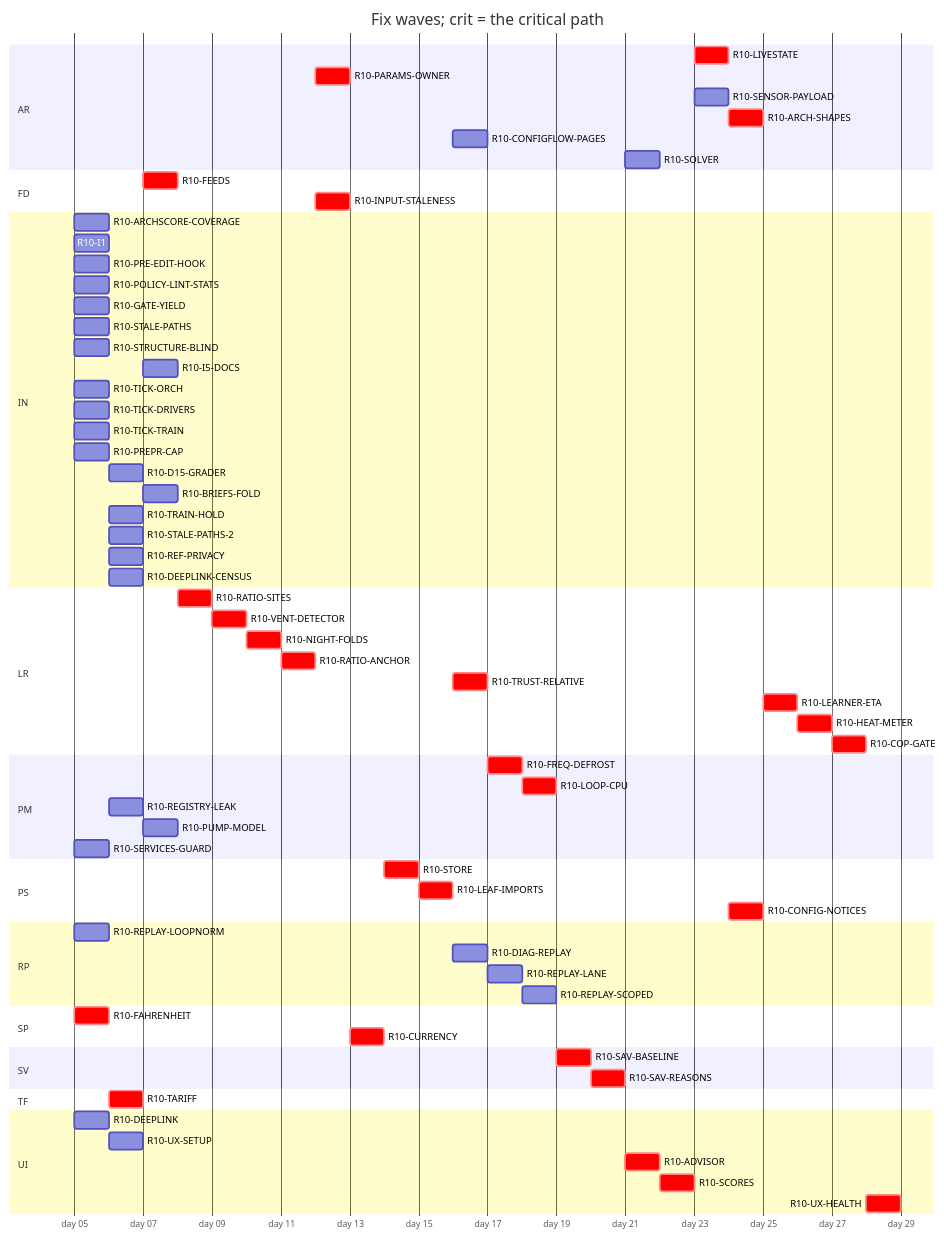
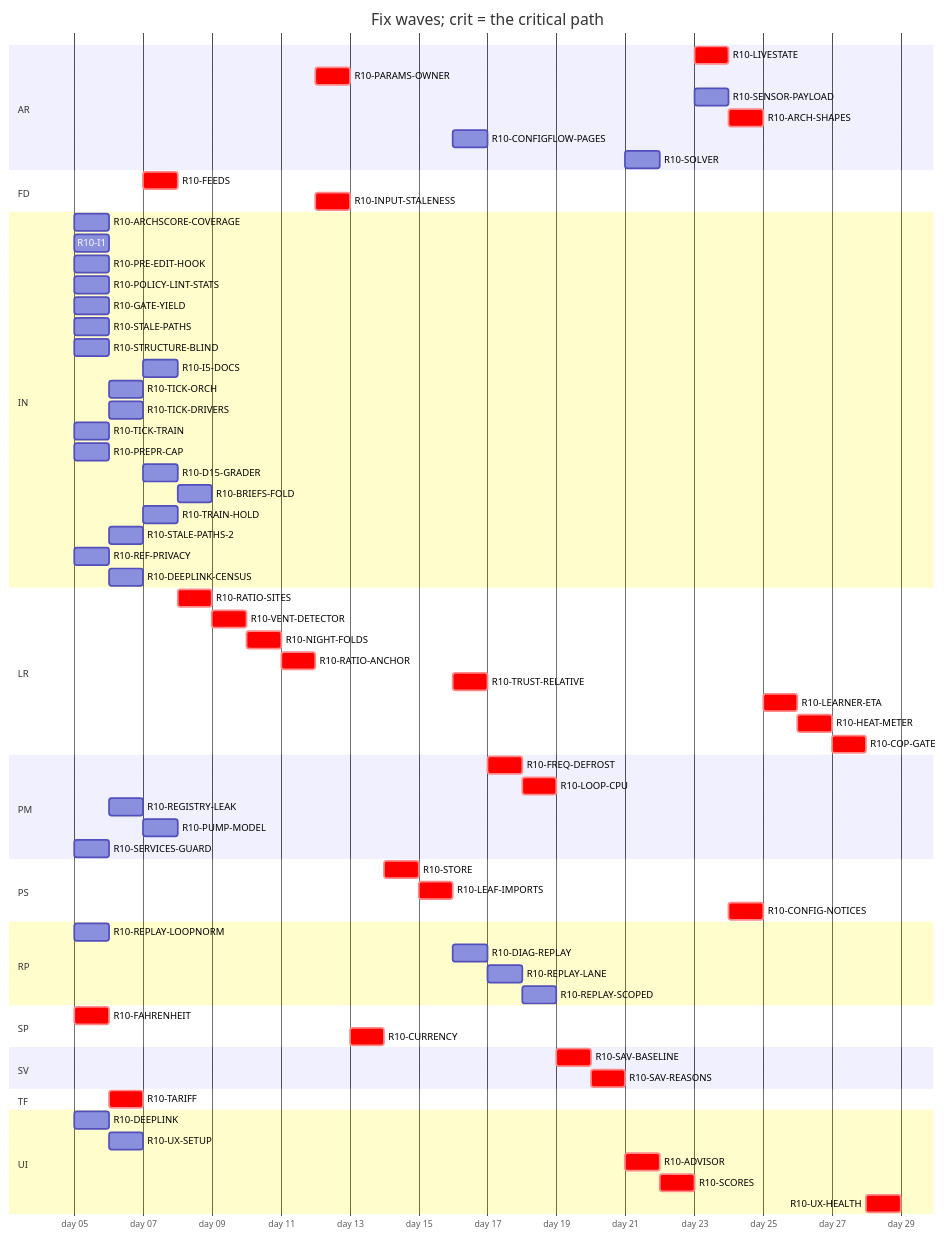
The diagram in handoff/round10/state/PLAN-TABLE.md (tvofi/heatpump_optimizer), drawn with Mermaid before and after one commit. The commit also changed other lines of this file and 2 other files, not shown here.

````diff
--- a/handoff/round10/state/PLAN-TABLE.md
+++ b/handoff/round10/state/PLAN-TABLE.md
@@ -24,73 +24,73 @@
 ```mermaid
 gantt
   title Fix waves; crit = the critical path
   dateFormat YYYY-MM-DD
   axisFormat day %d
   section AR
     R10-LIVESTATE :crit, r10LIVESTATE, after r10SCORES r10PUMPMODEL, 1d
     R10-PARAMS-OWNER :crit, r10PARAMSOWNER, after r10CONFIGNOTICES r10ARCHSCORECOVERAGE r10SERVICESGUARD, 1d
     R10-SENSOR-PAYLOAD :r10SENSORPAYLOAD, after r10SCORES, 1d
     R10-ARCH-SHAPES :crit, r10ARCHSHAPES, after r10PARAMSOWNER r10SENSORPAYLOAD r10FREQDEFROST, 1d
     R10-CONFIGFLOW-PAGES :r10CONFIGFLOWPAGES, after r10HEATMETER, 1d
     R10-SOLVER :r10SOLVER, after r10SAVREASONS r10TARIFF, 1d
   section FD
     R10-FEEDS :crit, r10FEEDS, after r10TARIFF, 1d
     R10-INPUT-STALENESS :crit, r10INPUTSTALENESS, after r10RATIOANCHOR, 1d
   section IN
     R10-ARCHSCORE-COVERAGE :r10ARCHSCORECOVERAGE, 2026-01-05, 1d
     R10-I1 :r10I1, 2026-01-05, 1d
     R10-PRE-EDIT-HOOK :r10PREEDITHOOK, 2026-01-05, 1d
     R10-POLICY-LINT-STATS :r10POLICYLINTSTATS, 2026-01-05, 1d
     R10-GATE-YIELD :r10GATEYIELD, 2026-01-05, 1d
     R10-STALE-PATHS :r10STALEPATHS, 2026-01-05, 1d
     R10-STRUCTURE-BLIND :r10STRUCTUREBLIND, 2026-01-05, 1d
     R10-I5-DOCS :r10I5DOCS, after r10I1 r10STRUCTUREBLIND r10REGISTRYLEAK, 1d
-    R10-TICK-ORCH :r10TICKORCH, 2026-01-05, 1d
-    R10-TICK-DRIVERS :r10TICKDRIVERS, 2026-01-05, 1d
+    R10-TICK-ORCH :r10TICKORCH, after r10REFPRIVACY, 1d
+    R10-TICK-DRIVERS :r10TICKDRIVERS, after r10REFPRIVACY, 1d
     R10-TICK-TRAIN :r10TICKTRAIN, 2026-01-05, 1d
     R10-PREPR-CAP :r10PREPRCAP, 2026-01-05, 1d
     R10-D15-GRADER :r10D15GRADER, after r10TICKDRIVERS, 1d
     R10-BRIEFS-FOLD :r10BRIEFSFOLD, after r10ARCHSCORECOVERAGE r10D15GRADER, 1d
     R10-TRAIN-HOLD :r10TRAINHOLD, after r10TICKTRAIN r10TICKORCH, 1d
     R10-STALE-PATHS-2 :r10STALEPATHS2, after r10STALEPATHS, 1d
-    R10-REF-PRIVACY :r10REFPRIVACY, after r10TICKORCH r10TICKDRIVERS, 1d
+    R10-REF-PRIVACY :r10REFPRIVACY, 2026-01-05, 1d
     R10-DEEPLINK-CENSUS :r10DEEPLINKCENSUS, after r10DEEPLINK, 1d
   section LR
     R10-RATIO-SITES :crit, r10RATIOSITES, after r10FEEDS, 1d
     R10-VENT-DETECTOR :crit, r10VENTDETECTOR, after r10RATIOSITES, 1d
     R10-NIGHT-FOLDS :crit, r10NIGHTFOLDS, after r10VENTDETECTOR, 1d
     R10-RATIO-ANCHOR :crit, r10RATIOANCHOR, after r10NIGHTFOLDS, 1d
     R10-TRUST-RELATIVE :crit, r10TRUSTRELATIVE, after r10LEAFIMPORTS, 1d
     R10-LEARNER-ETA :crit, r10LEARNERETA, after r10ARCHSHAPES, 1d
     R10-HEAT-METER :crit, r10HEATMETER, after r10LEARNERETA r10INPUTSTALENESS r10UXSETUP r10RATIOANCHOR, 1d
     R10-COP-GATE :crit, r10COPGATE, after r10HEATMETER r10SENSORPAYLOAD, 1d
   section PM
     R10-FREQ-DEFROST :crit, r10FREQDEFROST, after r10TRUSTRELATIVE, 1d
     R10-LOOP-CPU :crit, r10LOOPCPU, after r10FREQDEFROST, 1d
     R10-REGISTRY-LEAK :r10REGISTRYLEAK, after r10FAHRENHEIT, 1d
     R10-PUMP-MODEL :r10PUMPMODEL, after r10REGISTRYLEAK, 1d
     R10-SERVICES-GUARD :r10SERVICESGUARD, 2026-01-05, 1d
   section PS
     R10-STORE :crit, r10STORE, after r10CURRENCY, 1d
     R10-LEAF-IMPORTS :crit, r10LEAFIMPORTS, after r10STORE r10NIGHTFOLDS r10TARIFF, 1d
     R10-CONFIG-NOTICES :crit, r10CONFIGNOTICES, after r10LIVESTATE, 1d
   section RP
     R10-REPLAY-LOOPNORM :r10REPLAYLOOPNORM, 2026-01-05, 1d
     R10-DIAG-REPLAY :r10DIAGREPLAY, after r10REPLAYLOOPNORM r10LEAFIMPORTS, 1d
     R10-REPLAY-LANE :r10REPLAYLANE, after r10DIAGREPLAY, 1d
     R10-REPLAY-SCOPED :r10REPLAYSCOPED, after r10REPLAYLANE r10TICKORCH r10TRAINHOLD r10REFPRIVACY, 1d
   section SP
     R10-FAHRENHEIT :crit, r10FAHRENHEIT, 2026-01-05, 1d
     R10-CURRENCY :crit, r10CURRENCY, after r10INPUTSTALENESS, 1d
   section SV
     R10-SAV-BASELINE :crit, r10SAVBASELINE, after r10LOOPCPU, 1d
     R10-SAV-REASONS :crit, r10SAVREASONS, after r10SAVBASELINE r10LEAFIMPORTS, 1d
   section TF
     R10-TARIFF :crit, r10TARIFF, after r10FAHRENHEIT, 1d
   section UI
     R10-DEEPLINK :r10DEEPLINK, 2026-01-05, 1d
     R10-UX-SETUP :r10UXSETUP, after r10DEEPLINK, 1d
     R10-ADVISOR :crit, r10ADVISOR, after r10UXSETUP r10SAVREASONS, 1d
     R10-SCORES :crit, r10SCORES, after r10ADVISOR r10RATIOSITES, 1d
     R10-UX-HEALTH :crit, r10UXHEALTH, after r10SCORES r10COPGATE r10HEATMETER, 1d
 ```
````
